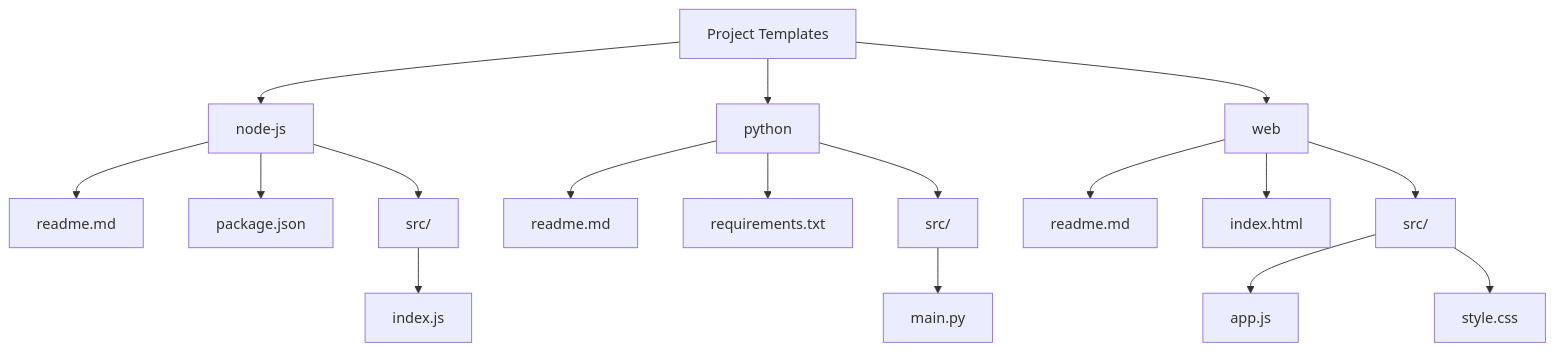
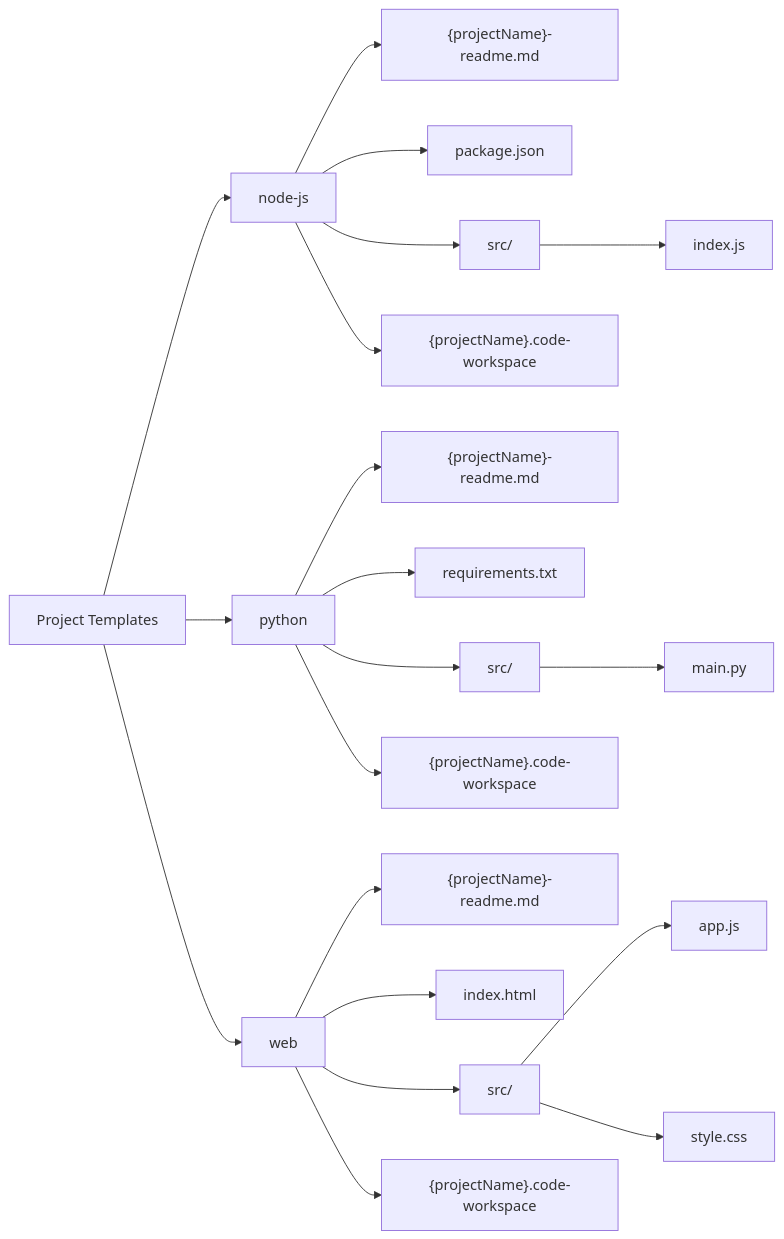
Before and after one commit to etaidori/vscode-template: the diagram in template-readme.md, drawn with Mermaid. The commit also changed 6 other files, not shown here.

Commit message:
feat: make mermaid diagram horizontal (LR), rename readme.md to projectName-readme.md and template.code-workspace to projectName.code-workspace dynamically based on folder name

````diff
--- a/template-readme.md
+++ b/template-readme.md
@@ -125,24 +125,27 @@
 ```mermaid
-graph TD
+graph LR
     PT["Project Templates"]
     
     PT --> NJ["node-js"]
     PT --> PY["python"]
     PT --> WEB["web"]
     
-    NJ --> NJ_RME["readme.md"]
+    NJ --> NJ_RME["{projectName}-readme.md"]
     NJ --> NJ_PKG["package.json"]
     NJ --> NJ_SRC["src/"]
     NJ_SRC --> NJ_IDX["index.js"]
+    NJ --> NJ_WS["{projectName}.code-workspace"]
     
-    PY --> PY_RME["readme.md"]
+    PY --> PY_RME["{projectName}-readme.md"]
     PY --> PY_REQ["requirements.txt"]
     PY --> PY_SRC["src/"]
     PY_SRC --> PY_MAIN["main.py"]
+    PY --> PY_WS["{projectName}.code-workspace"]
     
-    WEB --> WEB_RME["readme.md"]
+    WEB --> WEB_RME["{projectName}-readme.md"]
     WEB --> WEB_HTML["index.html"]
     WEB --> WEB_SRC["src/"]
     WEB_SRC --> WEB_JS["app.js"]
     WEB_SRC --> WEB_CSS["style.css"]
+    WEB --> WEB_WS["{projectName}.code-workspace"]
 ```
````
